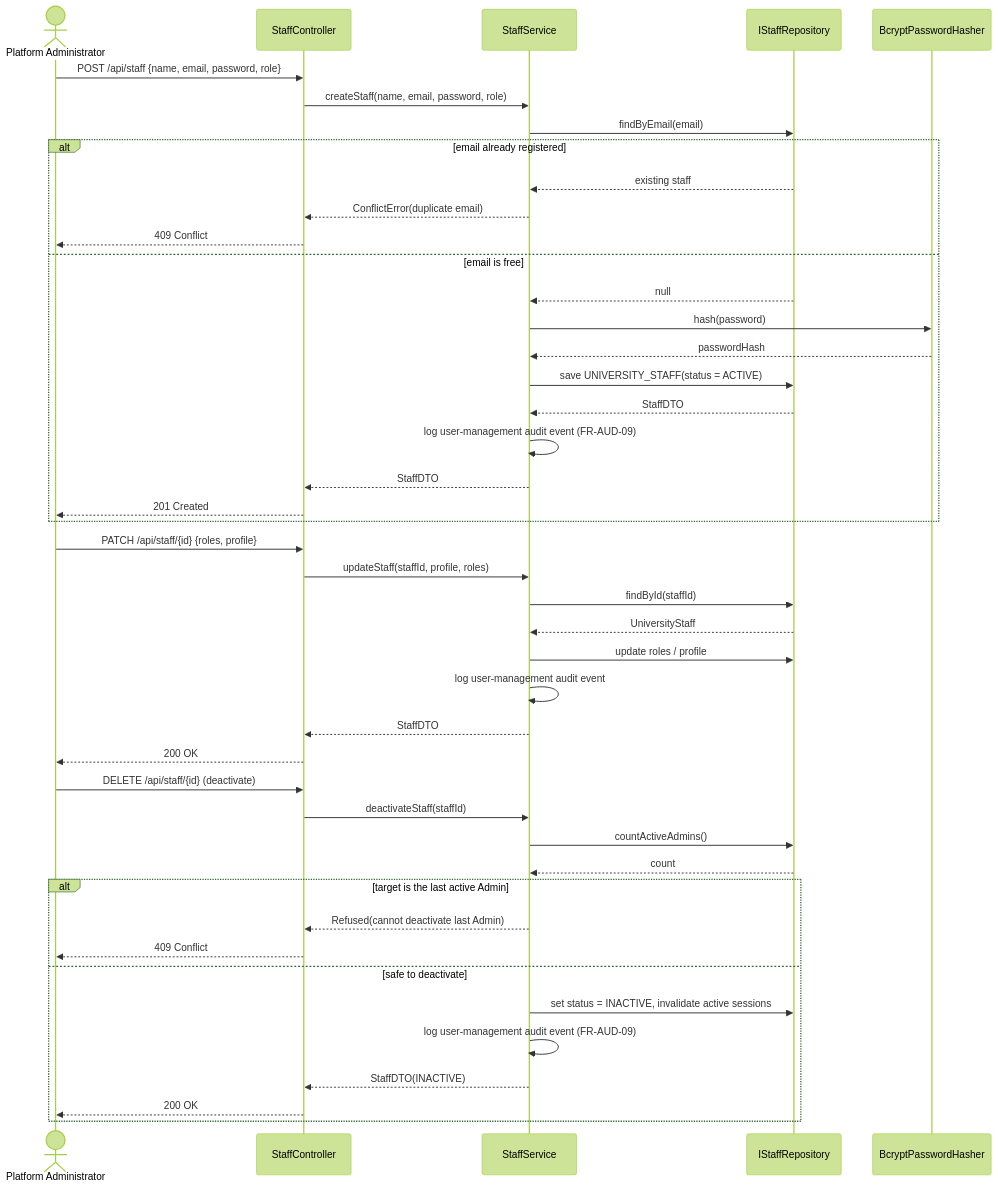
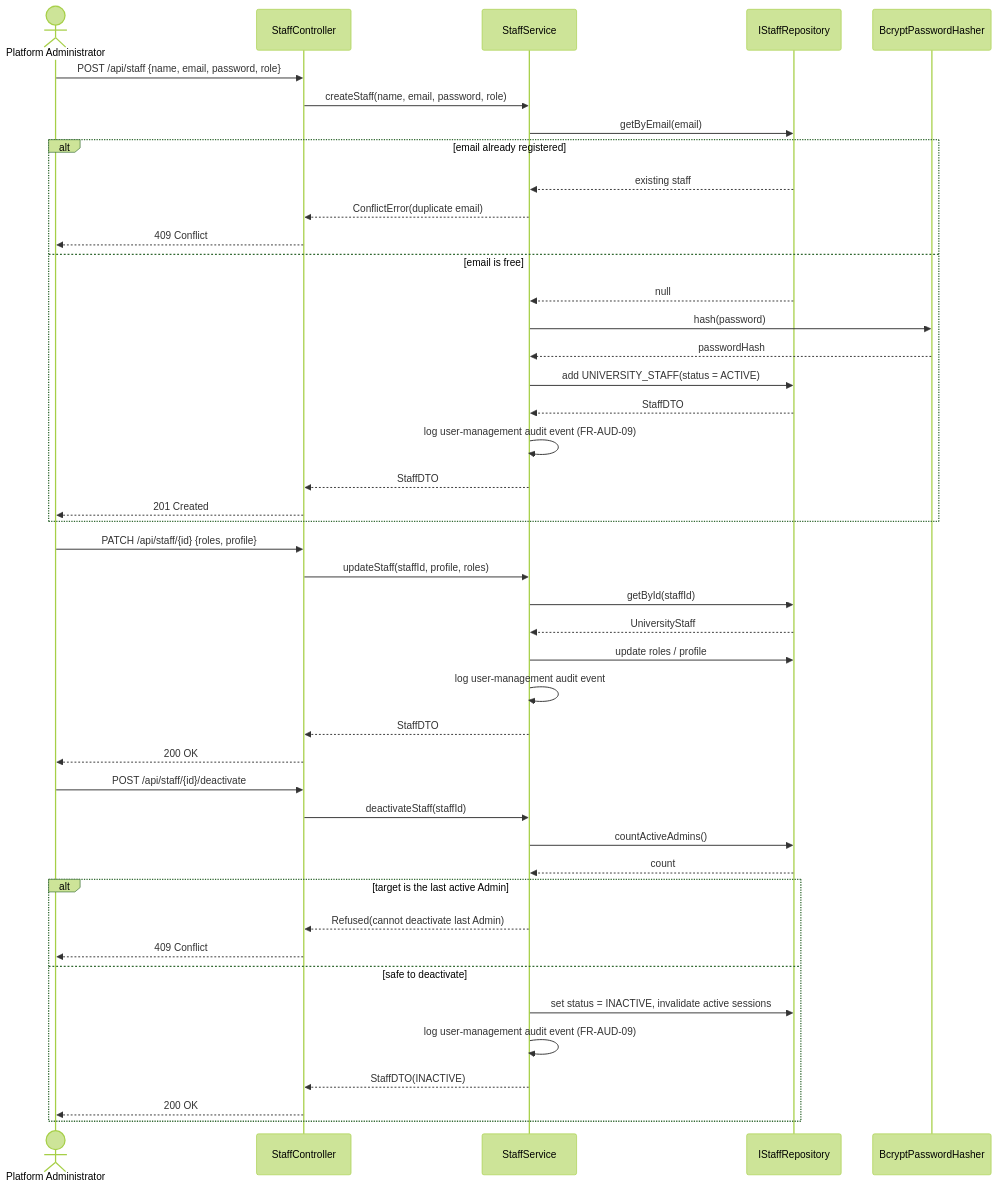
Before and after one commit to huypengin/UniDipVeri: diagram 14 of 15 in docs/03-design/Sequence_Diagram.md, drawn with Mermaid (forest theme). The commit also changed other lines of this file and 15 other files, not shown here.

````diff
--- a/docs/03-design/Sequence_Diagram.md
+++ b/docs/03-design/Sequence_Diagram.md
@@ -586,51 +586,51 @@
 ```mermaid
 sequenceDiagram
     actor Admin as Platform Administrator
     participant SC as StaffController
     participant SS as StaffService
     participant Repo as IStaffRepository
     participant PH as BcryptPasswordHasher
 
     Admin->>SC: POST /api/staff {name, email, password, role}
     SC->>SS: createStaff(name, email, password, role)
-    SS->>Repo: findByEmail(email)
+    SS->>Repo: getByEmail(email)
 
     alt email already registered
         Repo-->>SS: existing staff
         SS-->>SC: ConflictError(duplicate email)
         SC-->>Admin: 409 Conflict
     else email is free
         Repo-->>SS: null
         SS->>PH: hash(password)
         PH-->>SS: passwordHash
-        SS->>Repo: save UNIVERSITY_STAFF(status = ACTIVE)
+        SS->>Repo: add UNIVERSITY_STAFF(status = ACTIVE)
         Repo-->>SS: StaffDTO
         SS->>SS: log user-management audit event (FR-AUD-09)
         SS-->>SC: StaffDTO
         SC-->>Admin: 201 Created
     end
 
     Admin->>SC: PATCH /api/staff/{id} {roles, profile}
     SC->>SS: updateStaff(staffId, profile, roles)
-    SS->>Repo: findById(staffId)
+    SS->>Repo: getById(staffId)
     Repo-->>SS: UniversityStaff
     SS->>Repo: update roles / profile
     SS->>SS: log user-management audit event
     SS-->>SC: StaffDTO
     SC-->>Admin: 200 OK
 
-    Admin->>SC: DELETE /api/staff/{id} (deactivate)
+    Admin->>SC: POST /api/staff/{id}/deactivate
     SC->>SS: deactivateStaff(staffId)
     SS->>Repo: countActiveAdmins()
     Repo-->>SS: count
 
     alt target is the last active Admin
         SS-->>SC: Refused(cannot deactivate last Admin)
         SC-->>Admin: 409 Conflict
     else safe to deactivate
         SS->>Repo: set status = INACTIVE, invalidate active sessions
         SS->>SS: log user-management audit event (FR-AUD-09)
         SS-->>SC: StaffDTO(INACTIVE)
         SC-->>Admin: 200 OK
     end
 ```
````
